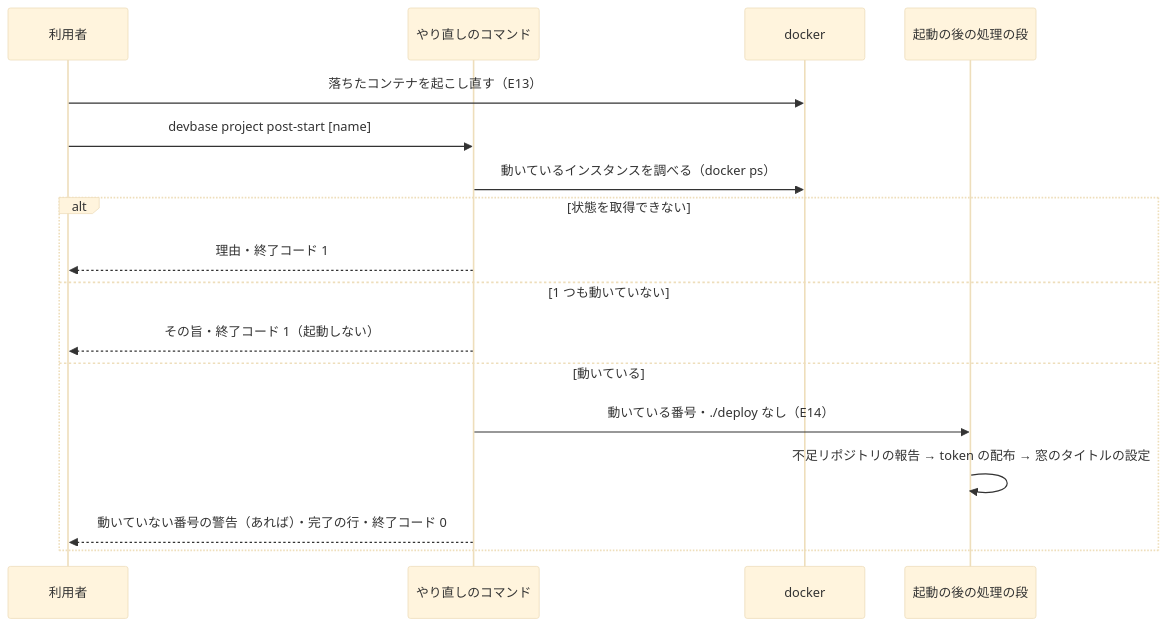
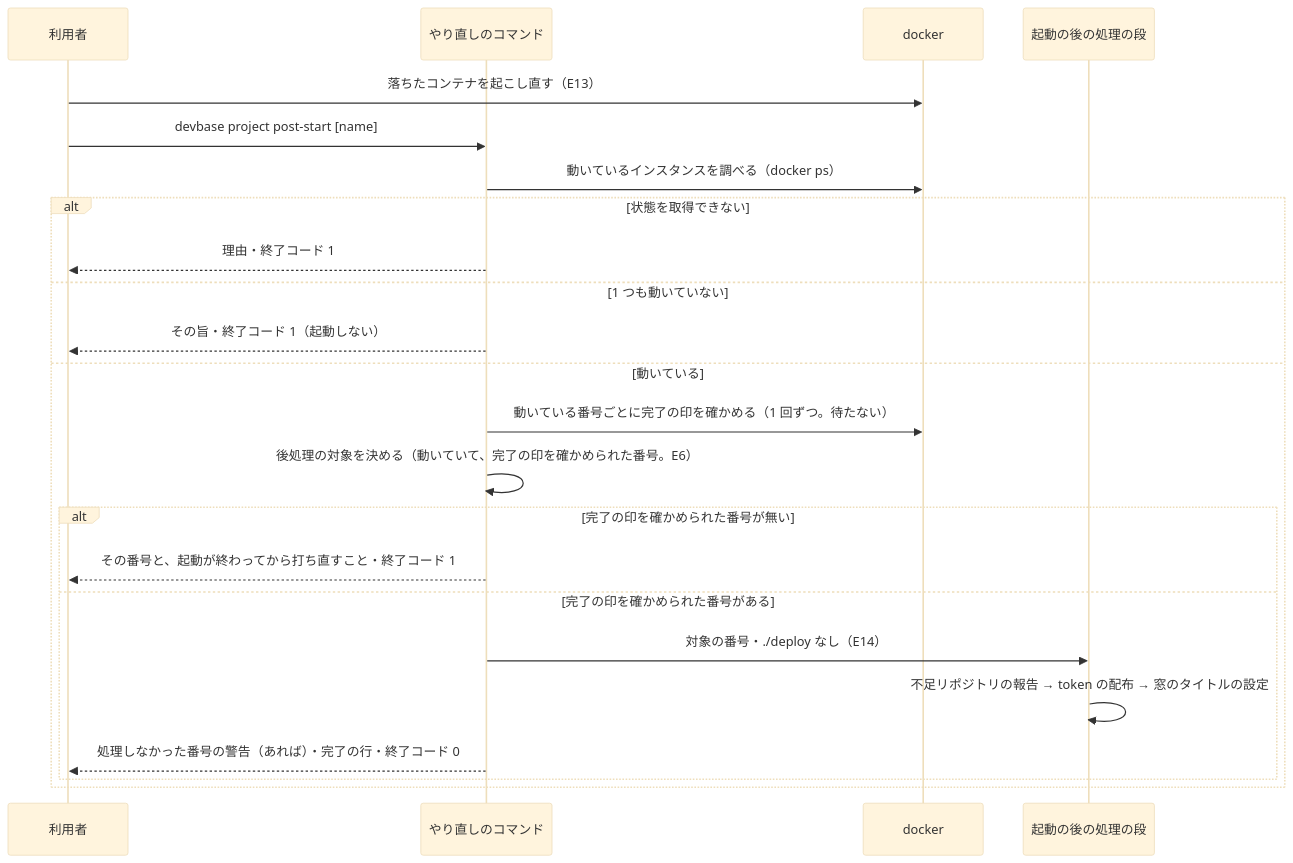
Before and after one commit to devbasex/devbase: the seventh of 7 diagrams in issues/issue-224-design.md, drawn with Mermaid (base theme). The commit also changed other lines of this file and 3 other files, not shown here.

````diff
--- a/issues/issue-224-design.md
+++ b/issues/issue-224-design.md
@@ -415,19 +456,25 @@
 ```mermaid
 sequenceDiagram
     participant U as 利用者
     participant R as やり直しのコマンド
     participant D as docker
     participant P as 起動の後の処理の段
     U->>D: 落ちたコンテナを起こし直す（E13）
     U->>R: devbase project post-start [name]
     R->>D: 動いているインスタンスを調べる（docker ps）
     alt 状態を取得できない
         R-->>U: 理由・終了コード 1
     else 1 つも動いていない
         R-->>U: その旨・終了コード 1（起動しない）
     else 動いている
-        R->>P: 動いている番号・./deploy なし（E14）
-        P->>P: 不足リポジトリの報告 → token の配布 → 窓のタイトルの設定
-        R-->>U: 動いていない番号の警告（あれば）・完了の行・終了コード 0
+        R->>D: 動いている番号ごとに完了の印を確かめる（1 回ずつ。待たない）
+        R->>R: 後処理の対象を決める（動いていて、完了の印を確かめられた番号。E6）
+        alt 完了の印を確かめられた番号が無い
+            R-->>U: その番号と、起動が終わってから打ち直すこと・終了コード 1
+        else 完了の印を確かめられた番号がある
+            R->>P: 対象の番号・./deploy なし（E14）
+            P->>P: 不足リポジトリの報告 → token の配布 → 窓のタイトルの設定
+            R-->>U: 処理しなかった番号の警告（あれば）・完了の行・終了コード 0
+        end
     end
 ```
````
